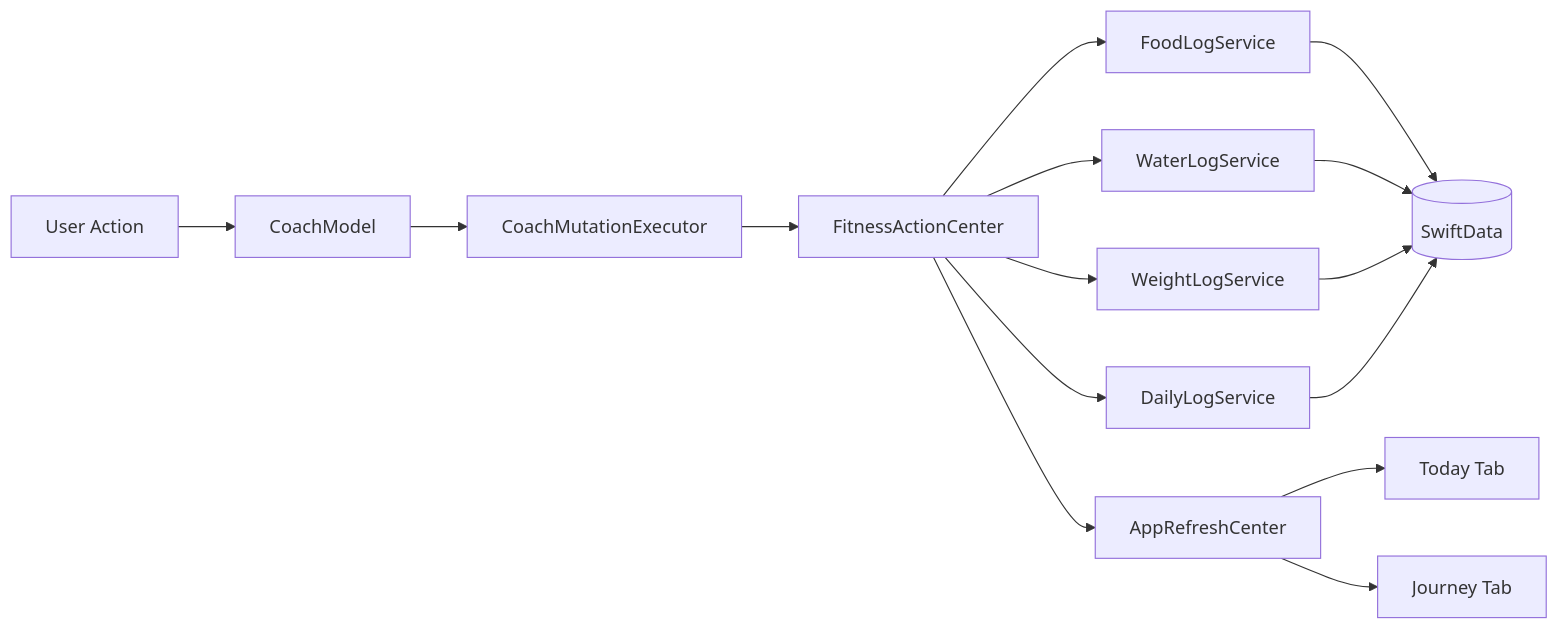
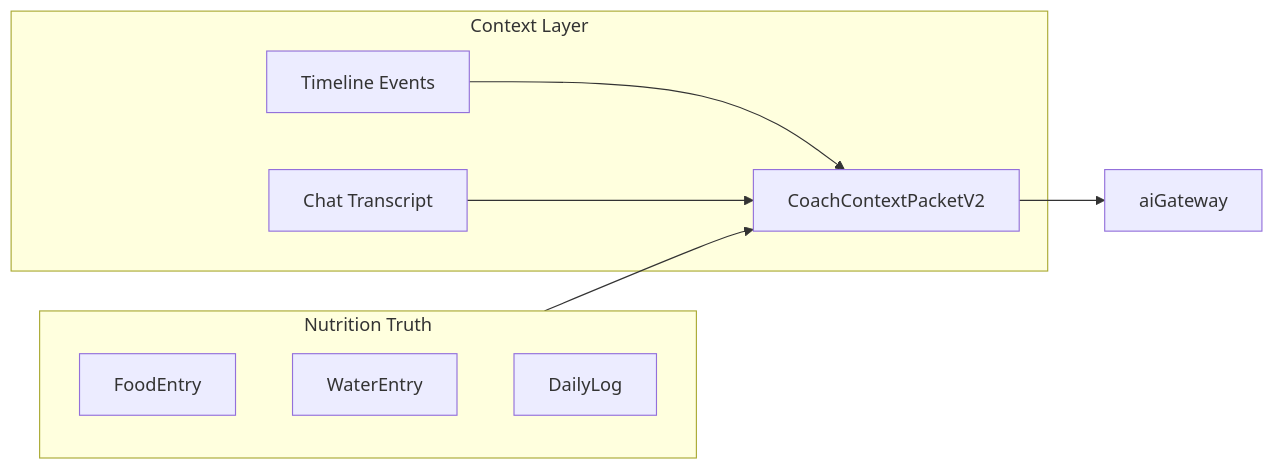
One commit to isaacchua0309/FitnessCoach changed the ninth of 9 diagrams in Docs/Coach/COACH_FULL_CONTEXT_PACKET.md. Above: the diagram before and after it, drawn with Mermaid. The commit also changed other lines of this file and 28 other files, not shown here.

First line of the commit message:
Fix post-v2 build errors and update Coach context documentation.

````diff
--- a/Docs/Coach/COACH_FULL_CONTEXT_PACKET.md
+++ b/Docs/Coach/COACH_FULL_CONTEXT_PACKET.md
@@ -983,15 +899,17 @@
 ```mermaid
 flowchart LR
-    UA[User Action] --> CM[CoachModel]
-    CM --> ME[CoachMutationExecutor]
-    ME --> AC[FitnessActionCenter]
-    AC --> FLS[FoodLogService]
-    AC --> WLS[WaterLogService]
-    AC --> WTS[WeightLogService]
-    AC --> DLS[DailyLogService]
-    FLS & WLS & WTS --> SD[(SwiftData)]
-    DLS --> SD
-    AC --> RC[AppRefreshCenter]
-    RC --> Today[Today Tab]
-    RC --> Journey[Journey Tab]
+    subgraph truth [Nutrition Truth]
+        FE[FoodEntry]
+        WE[WaterEntry]
+        DL[DailyLog]
+    end
+    subgraph context [Context Layer]
+        TL[Timeline Events]
+        CT[Chat Transcript]
+        PK[CoachContextPacketV2]
+    end
+    truth --> PK
+    TL --> PK
+    CT --> PK
+    PK --> GW[aiGateway]
 ```
````
